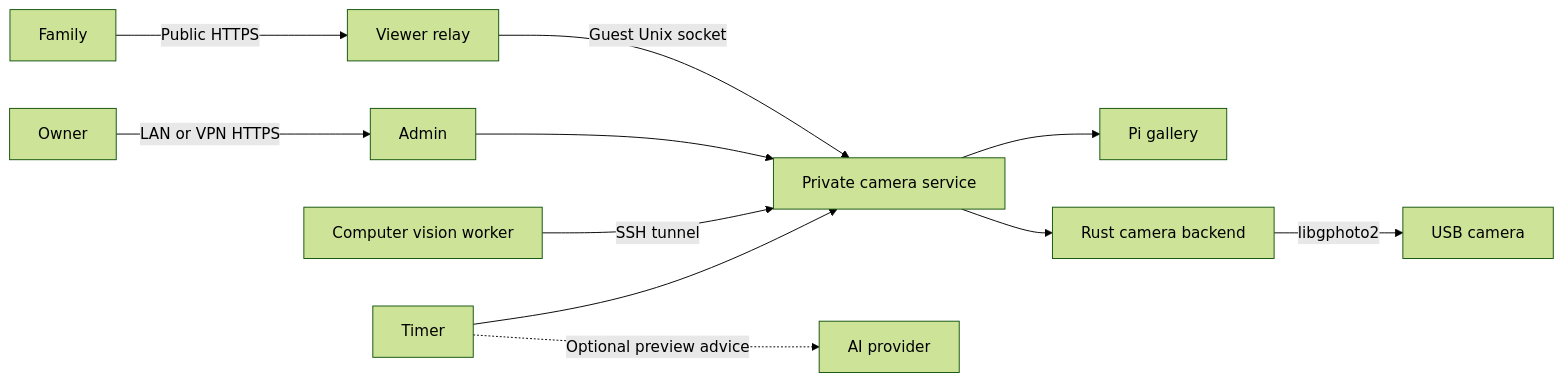
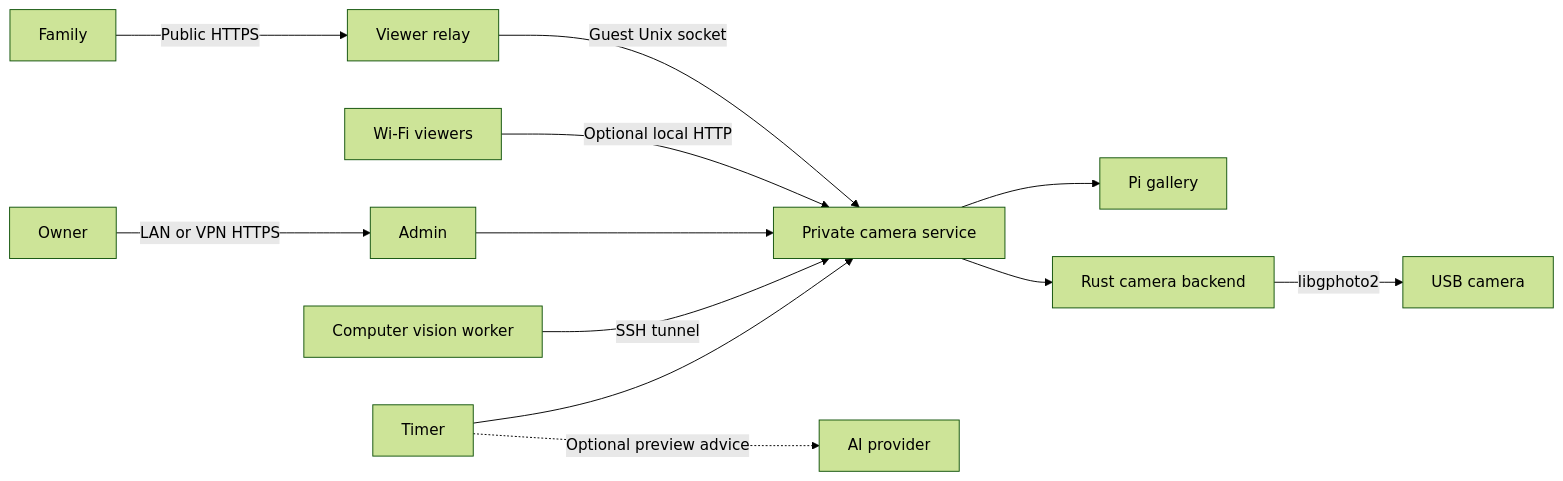
Before and after one commit to affromero/sony-pi-camera: the diagram in README.md, drawn with Mermaid (forest theme). The commit also changed 3 other files, not shown here.

````diff
--- a/README.md
+++ b/README.md
@@ -40,13 +40,14 @@
 ```mermaid
 flowchart LR
     Family -->|Public HTTPS| Relay[Viewer relay]
     Relay -->|Guest Unix socket| Camera[Private camera service]
+    WiFi[Wi-Fi viewers] -->|Optional local HTTP| Camera
     Owner -->|LAN or VPN HTTPS| Admin[Admin]
     Admin --> Camera
     Compute[Computer vision worker] -->|SSH tunnel| Camera
     Timer --> Camera
     Timer -. Optional preview advice .-> AI[AI provider]
     Camera --> Gallery[Pi gallery]
     Camera --> Worker[Rust camera backend]
     Worker -->|libgphoto2| Sony[USB camera]
 ```
````
